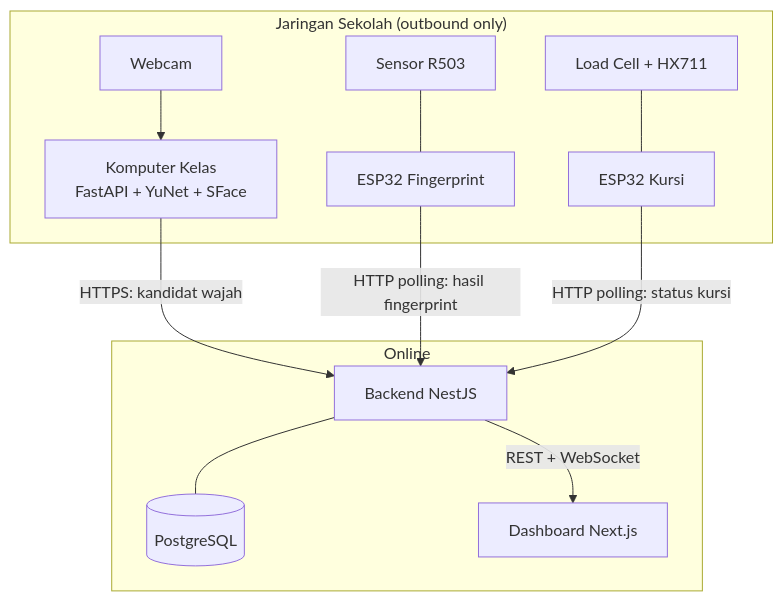
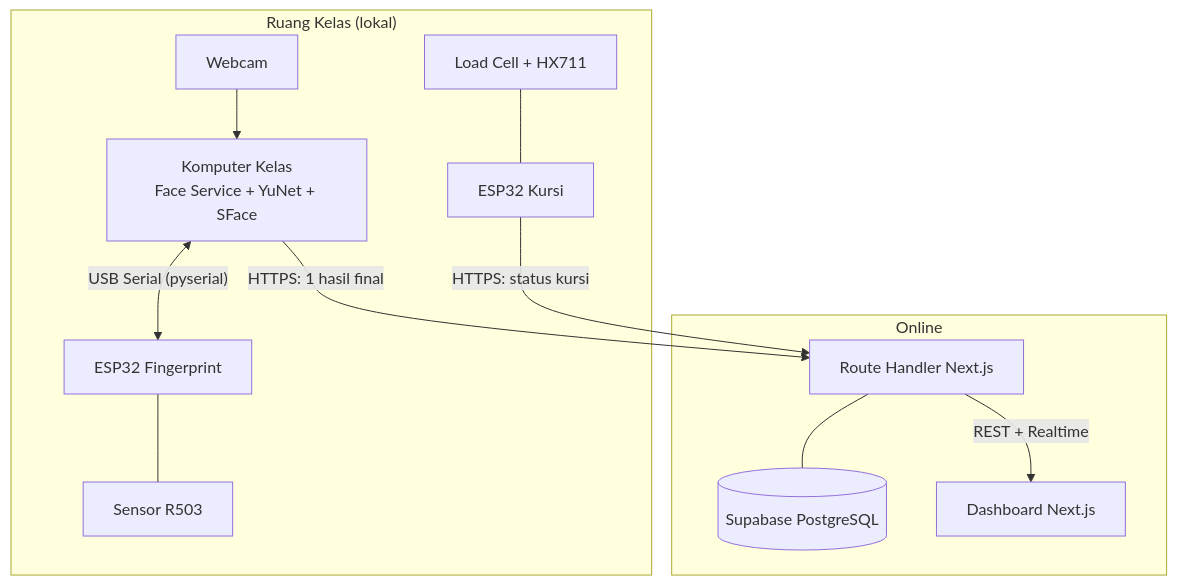
The first of 2 diagrams in ObsidianAllProgramSK/docs/architecture.md (DandiKurnia/ProyekSK), drawn with Mermaid before and after one commit. The commit also changed other lines of this file and 18 other files, not shown here.

Commit message:
docs(arch): adopt Next.js + Supabase + USB serial topology and record daily log

````diff
--- a/ObsidianAllProgramSK/docs/architecture.md
+++ b/ObsidianAllProgramSK/docs/architecture.md
@@ -44,18 +52,18 @@
 ```mermaid
 flowchart TB
-    subgraph Kelas["Jaringan Sekolah (outbound only)"]
-        WC[Webcam] --> PC[Komputer Kelas<br/>FastAPI + YuNet + SFace]
-        R503[Sensor R503] --- ESPF[ESP32 Fingerprint]
+    subgraph Kelas["Ruang Kelas (lokal)"]
+        WC[Webcam] --> PC[Komputer Kelas<br/>Face Service + YuNet + SFace]
+        PC <-->|"USB Serial (pyserial)"| ESPF[ESP32 Fingerprint]
+        ESPF --- R503[Sensor R503]
         LC[Load Cell + HX711] --- ESPK[ESP32 Kursi]
     end
     subgraph Cloud["Online"]
-        BE[Backend NestJS]
-        DB[(PostgreSQL)]
+        API[Route Handler Next.js]
+        DB[(Supabase PostgreSQL)]
         DSH[Dashboard Next.js]
     end
-    PC -- "HTTPS: kandidat wajah" --> BE
-    ESPF -- "HTTP polling: hasil fingerprint" --> BE
-    ESPK -- "HTTP polling: status kursi" --> BE
-    BE --- DB
-    BE -- "REST + WebSocket" --> DSH
+    PC -- "HTTPS: 1 hasil final" --> API
+    ESPK -- "HTTPS: status kursi" --> API
+    API --- DB
+    API -- "REST + Realtime" --> DSH
 ```
````
